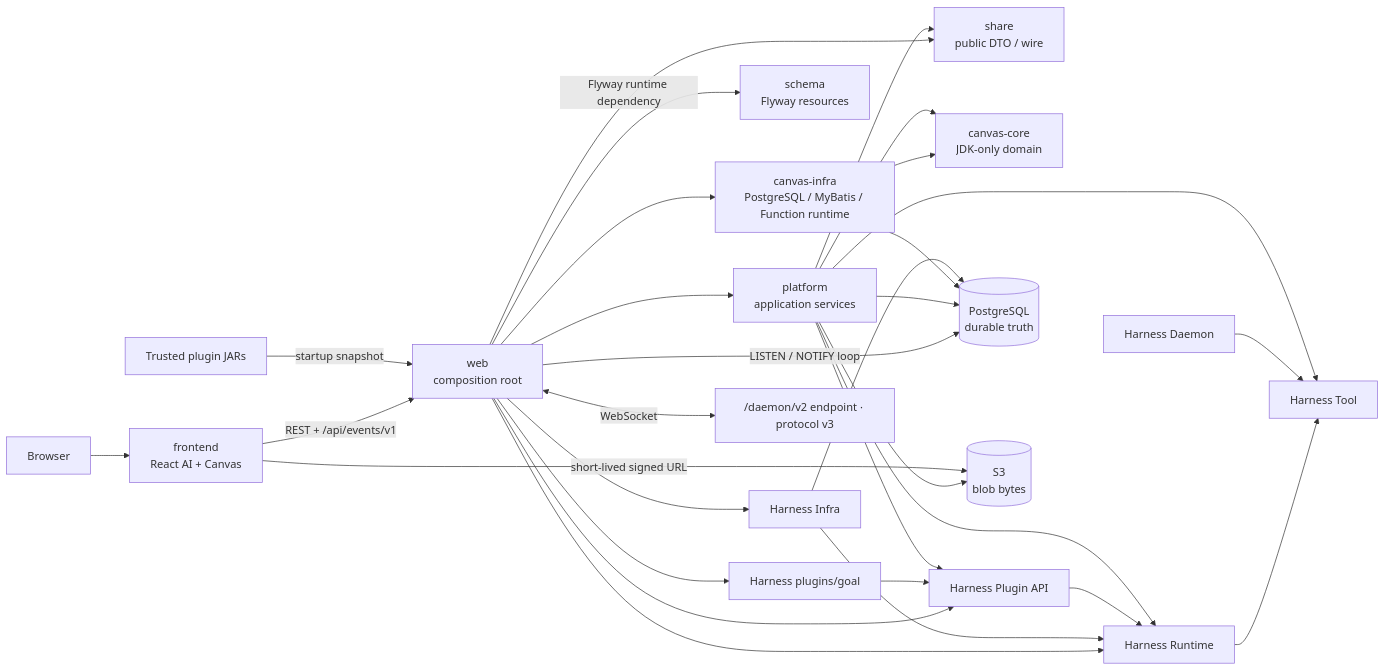
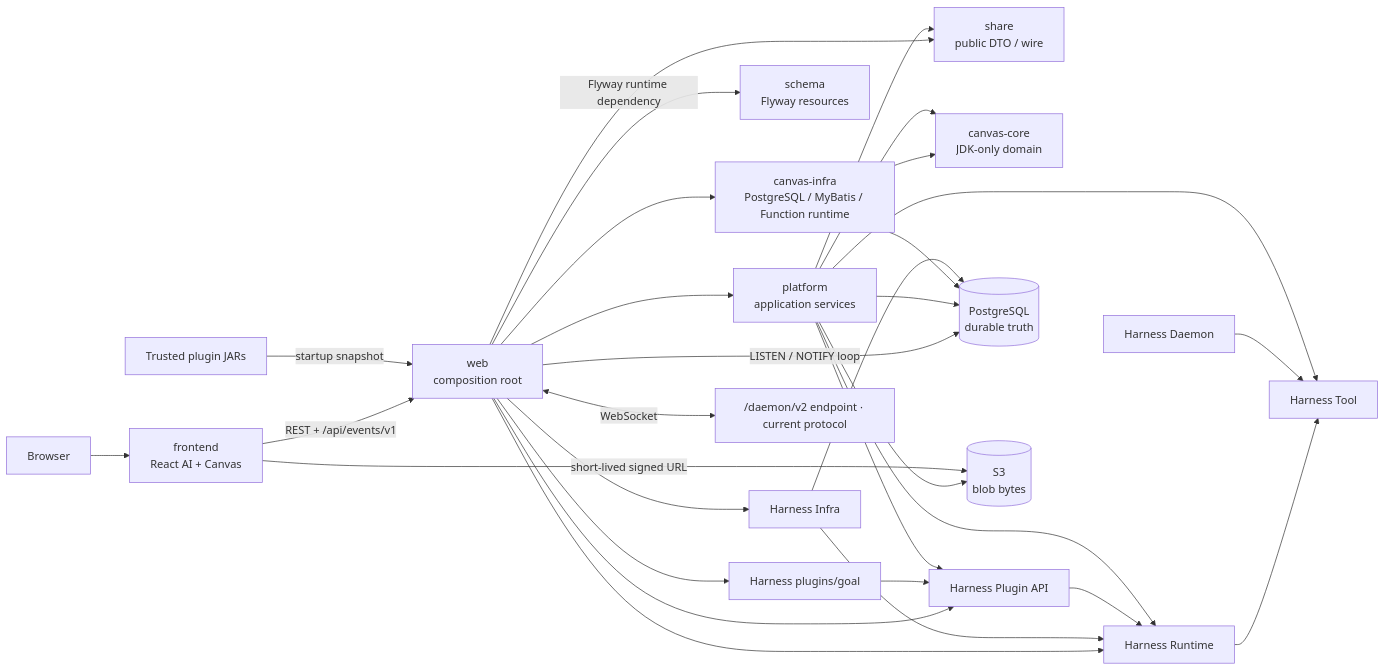
Before and after one commit to fengwk/kk-studio: the diagram in docs/system-design.md, drawn with Mermaid. The commit also changed other lines of this file and 32 other files, not shown here.

Commit message:
refactor: finalize capability daemon protocol

````diff
--- a/docs/system-design.md
+++ b/docs/system-design.md
@@ -23,51 +23,51 @@
 ```mermaid
 flowchart LR
     Browser[Browser]
     Frontend[frontend<br/>React AI + Canvas]
     Web[web<br/>composition root]
     Share[share<br/>public DTO / wire]
     Platform[platform<br/>application services]
     Schema[schema<br/>Flyway resources]
     CanvasCore[canvas-core<br/>JDK-only domain]
     CanvasInfra[canvas-infra<br/>PostgreSQL / MyBatis / Function runtime]
     HarnessTool[Harness Tool]
     HarnessRuntime[Harness Runtime]
     HarnessPluginApi[Harness Plugin API]
     HarnessInfra[Harness Infra]
     HarnessDaemon[Harness Daemon]
     HarnessGoal[Harness plugins/goal]
     PG[(PostgreSQL<br/>durable truth)]
     S3[(S3<br/>blob bytes)]
-    Env["/daemon/v2 endpoint · protocol v3"]
+    Env["/daemon/v2 endpoint · current protocol"]
     Trusted[Trusted plugin JARs]
 
     Browser --> Frontend
     Frontend -->|REST + /api/events/v1| Web
     Web --> Share
     Web --> Platform
     Web --> CanvasInfra
     Web --> HarnessInfra
     Web --> HarnessRuntime
     Web --> HarnessPluginApi
     Web --> HarnessGoal
     CanvasInfra --> CanvasCore
     HarnessInfra --> HarnessRuntime
     HarnessRuntime --> HarnessTool
     HarnessPluginApi --> HarnessRuntime
     HarnessGoal --> HarnessPluginApi
     HarnessDaemon --> HarnessTool
     Platform --> CanvasCore
     Platform --> Share
     Platform --> HarnessRuntime
     Platform --> HarnessTool
     Platform --> HarnessPluginApi
     Web -->|Flyway runtime dependency| Schema
     Web -->|LISTEN / NOTIFY loop| PG
     Platform --> PG
     Platform --> S3
     CanvasInfra --> PG
     HarnessInfra --> PG
     Frontend -->|short-lived signed URL| S3
     Web <-->|WebSocket| Env
     Trusted -->|startup snapshot| Web
 ```
````
